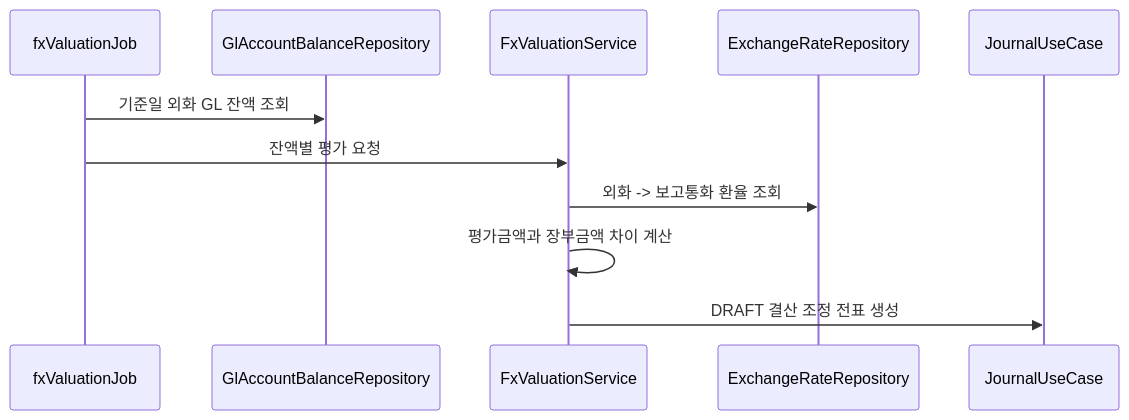
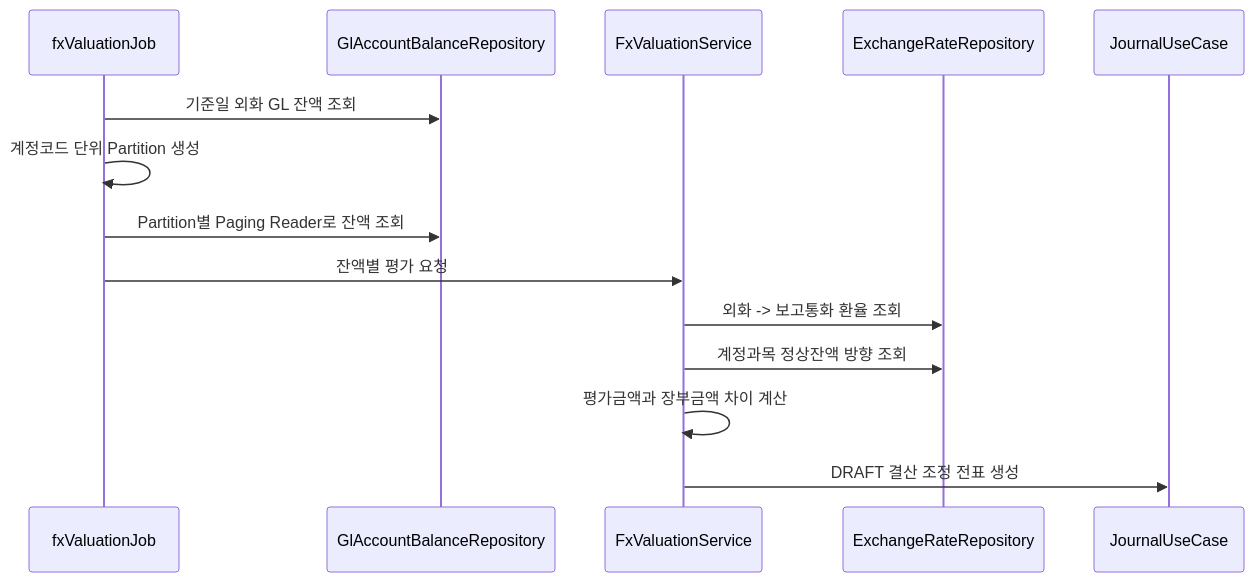
The third of 4 diagrams in closing/docs/process-flow.md (skyg547/account), drawn with Mermaid before and after one commit. The commit also changed other lines of this file and 395 other files, not shown here.

````diff
--- a/closing/docs/process-flow.md
+++ b/closing/docs/process-flow.md
@@ -61,14 +61,17 @@
 ```mermaid
 sequenceDiagram
     participant Job as fxValuationJob
     participant GL as GlAccountBalanceRepository
     participant FX as FxValuationService
     participant MD as ExchangeRateRepository
     participant JL as JournalUseCase
 
     Job->>GL: 기준일 외화 GL 잔액 조회
+    Job->>Job: 계정코드 단위 Partition 생성
+    Job->>GL: Partition별 Paging Reader로 잔액 조회
     Job->>FX: 잔액별 평가 요청
     FX->>MD: 외화 -> 보고통화 환율 조회
+    FX->>MD: 계정과목 정상잔액 방향 조회
     FX->>FX: 평가금액과 장부금액 차이 계산
     FX->>JL: DRAFT 결산 조정 전표 생성
 ```
````
